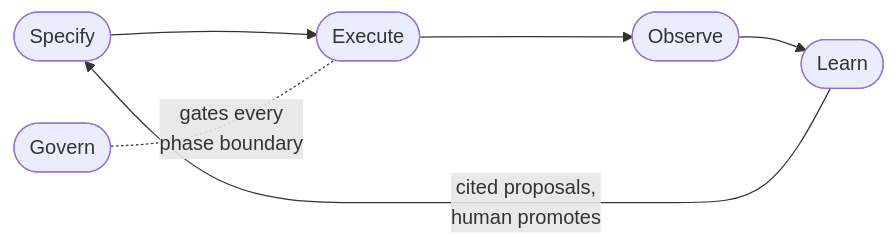
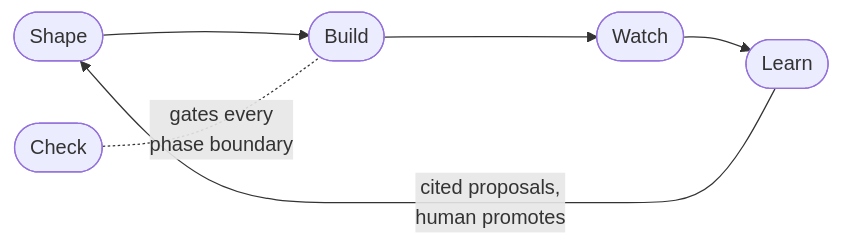
Before and after one commit to dwarvesf/dwarves-kit: the second of 2 diagrams in README.md, drawn with Mermaid. The commit also changed other lines of this file and 17 other files, not shown here.

First line of the commit message:
docs: rename the five legs to Shape/Build/Watch/Check/Learn

````diff
--- a/README.md
+++ b/README.md
@@ -60,6 +60,6 @@
 ```mermaid
 flowchart LR
-  SP([Specify]) --> EX([Execute]) --> OB([Observe]) --> LN([Learn])
-  LN -->|cited proposals,<br/>human promotes| SP
-  GV([Govern]) -. gates every<br/>phase boundary .- EX
+  SH([Shape]) --> BD([Build]) --> WA([Watch]) --> LN([Learn])
+  LN -->|cited proposals,<br/>human promotes| SH
+  CH([Check]) -. gates every<br/>phase boundary .- BD
 ```
````
